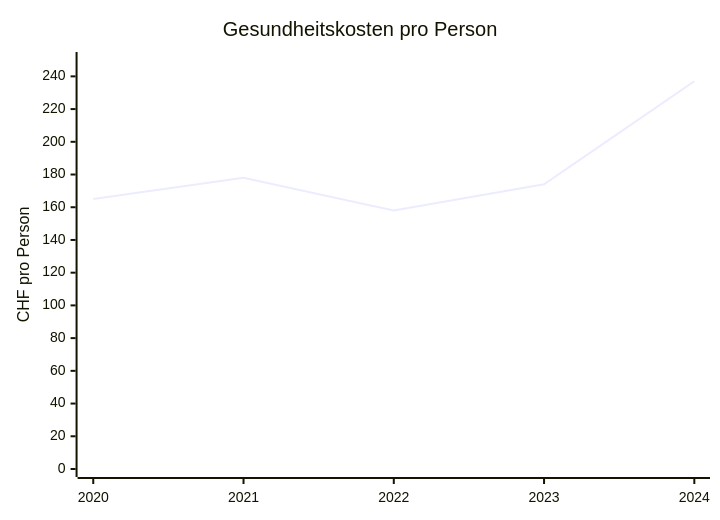
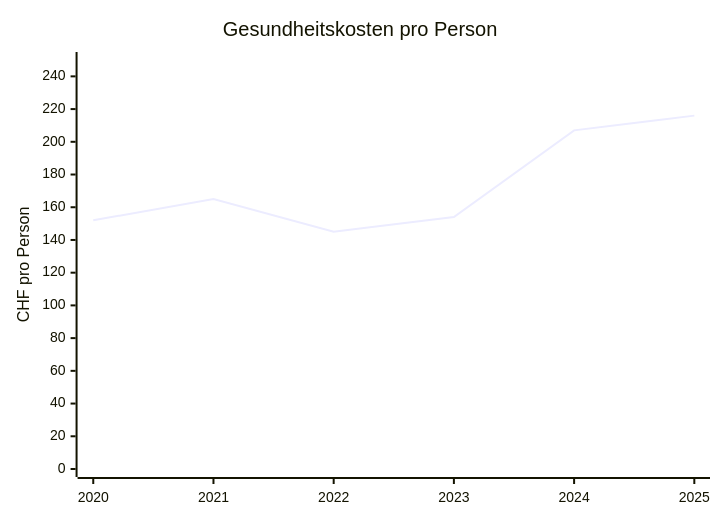
Before and after one commit to risajef/risajef.github.io: the sixth of 8 diagrams in docs/politik/finanzen-beringen.de.md, drawn with Mermaid. The commit also changed other lines of this file and 1 other file, not shown here.

````diff
--- a/docs/politik/finanzen-beringen.de.md
+++ b/docs/politik/finanzen-beringen.de.md
@@ -101,7 +101,7 @@
 ```mermaid
 xychart
 title "Gesundheitskosten pro Person"
-x-axis [2020, 2021, 2022, 2023, 2024]
+x-axis [2020, 2021, 2022, 2023, 2024, 2025]
 y-axis "CHF pro Person" 0 --> 250
-line [165, 178, 158, 174, 237]
+line [152, 165, 145, 154, 207, 216]
 ```
````
